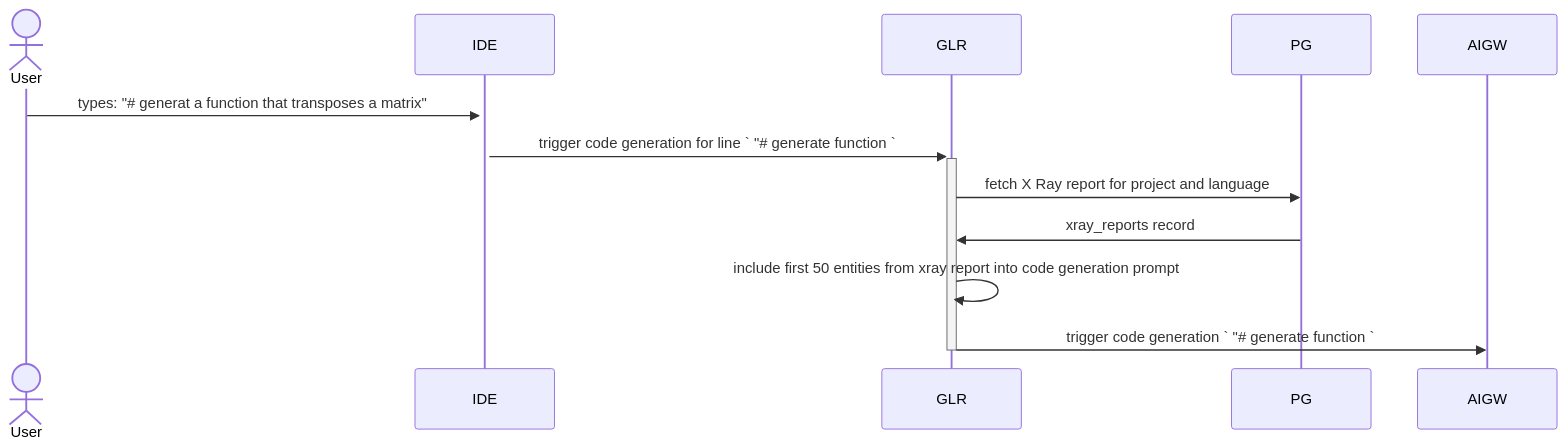
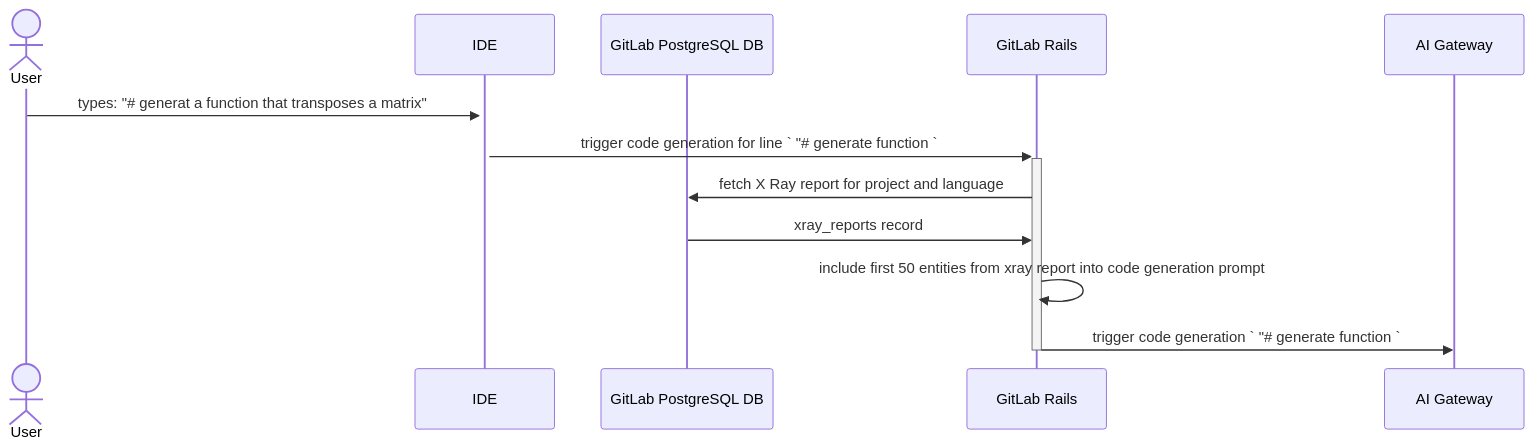
Before and after one commit to moliver28/research-handbook: the second of 3 diagrams in content/handbook/engineering/development/dev/create/code-creation/engineering_overview.md, drawn with Mermaid. The commit also changed other lines of this file, not shown here.

Commit message:
Apply review suggestions

````diff
--- a/content/handbook/engineering/development/dev/create/code-creation/engineering_overview.md
+++ b/content/handbook/engineering/development/dev/create/code-creation/engineering_overview.md
@@ -68,10 +70,15 @@
 ```mermaid
 sequenceDiagram
-    actor USR as  User
+    actor USR as User
+    participant IDE
+    participant PG as GitLab PostgreSQL DB
+    participant GLR as GitLab Rails
+    participant AIGW as AI Gateway
+
     USR->>+IDE: types: "#35; generat a function that transposes a matrix"
     IDE->>+GLR: trigger code generation for line ` "#35; generate function ` 
     GLR->>PG: fetch X Ray report for project and language
     PG->>GLR:  xray_reports record
     GLR->>GLR: include first 50 entities from xray report into code generation prompt
     GLR->>-AIGW: trigger code generation ` "#35; generate function ` 
 ```
````
